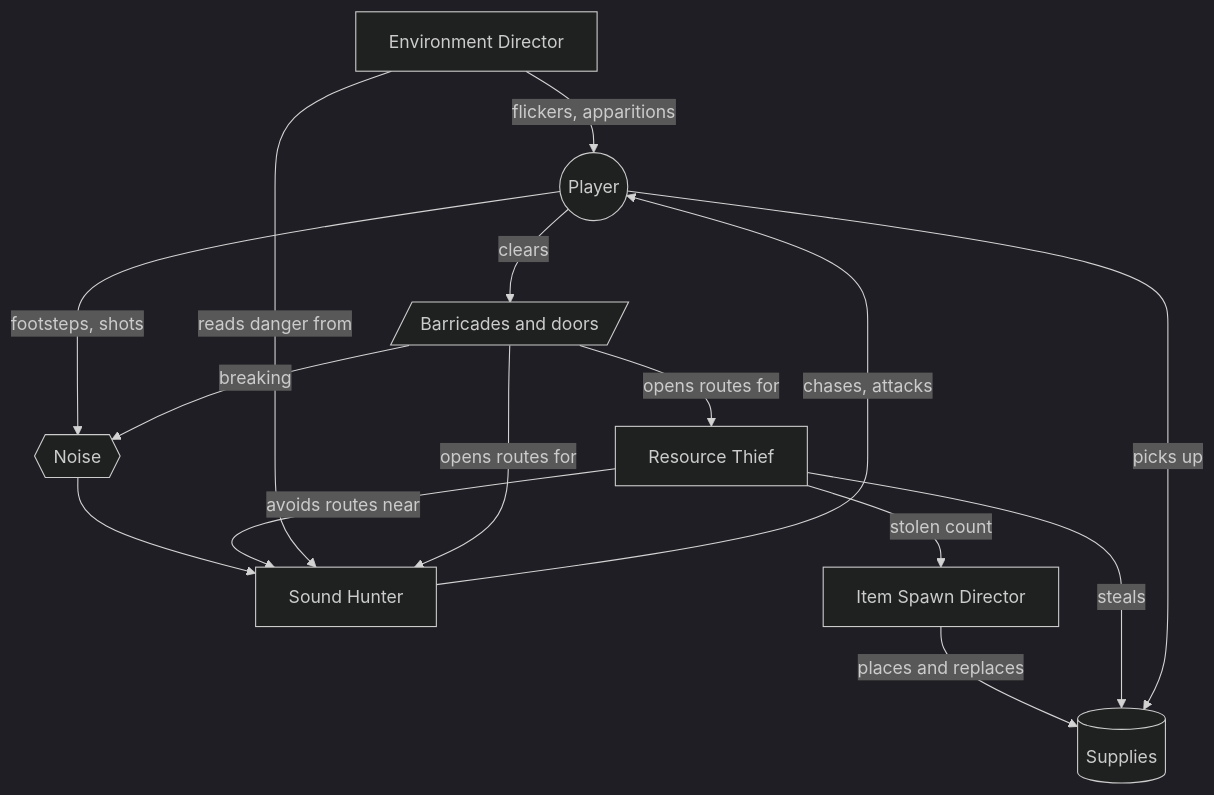
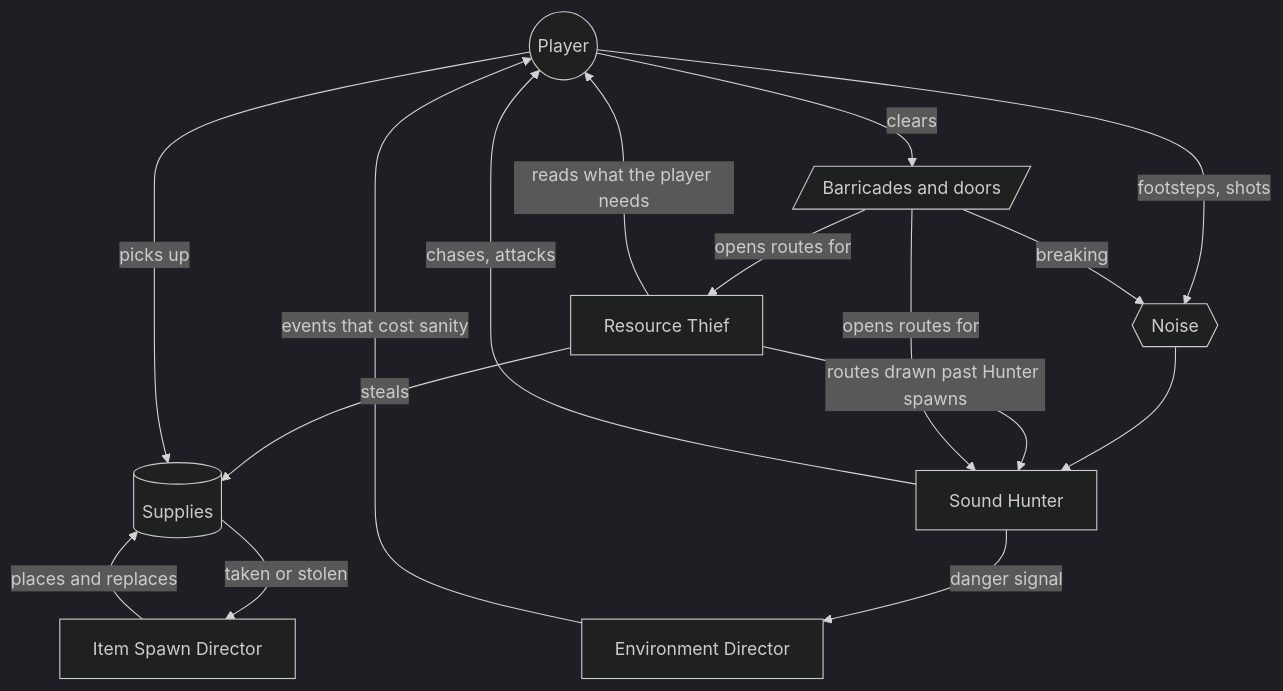
The second of 3 diagrams in README.md (it24103457/Haunted-Hospital), drawn with Mermaid (dark theme) before and after one commit. The commit also changed other lines of this file and 6 other files, not shown here.

````diff
--- a/README.md
+++ b/README.md
@@ -272,26 +319,27 @@
 ```mermaid
 flowchart TB
     P((Player))
     T[Resource Thief]
     H[Sound Hunter]
     E[Environment Director]
     I[Item Spawn Director]
     S[(Supplies)]
     N{{Noise}}
     B[/Barricades and doors/]
 
     I -- places and replaces --> S
     T -- steals --> S
     P -- picks up --> S
-    T -- stolen count --> I
+    S -- taken or stolen --> I
     P -- footsteps, shots --> N
     B -- breaking --> N
     N --> H
     H -- chases, attacks --> P
-    T -- avoids routes near --> H
-    E -- reads danger from --> H
-    E -- flickers, apparitions --> P
+    T -- routes drawn past Hunter spawns --> H
+    H -- danger signal --> E
+    E -- events that cost sanity --> P
+    T -- reads what the player needs --> P
     P -- clears --> B
     B -- opens routes for --> T
     B -- opens routes for --> H
 ```
````
